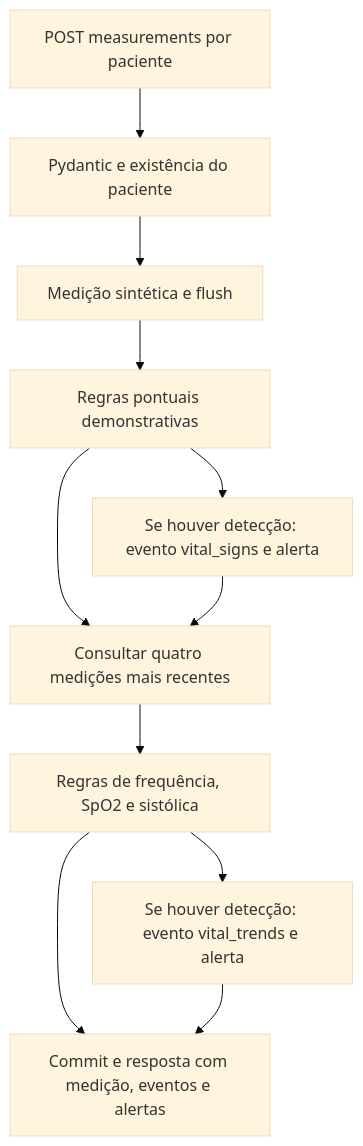
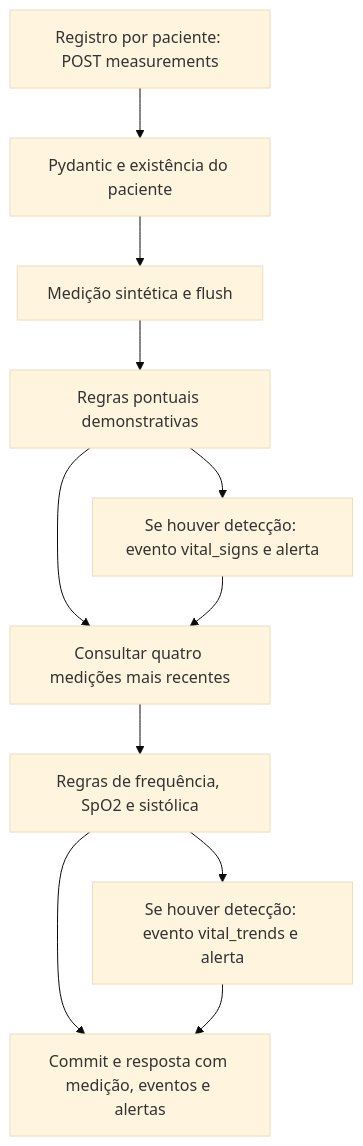
The fifth of 10 diagrams in docs/DIAGRAMS.md (mo1sess/tech-challenge-fiap-fase-4), drawn with Mermaid (base theme) before and after one commit. The commit also changed other lines of this file and 61 other files, not shown here.

````diff
--- a/docs/DIAGRAMS.md
+++ b/docs/DIAGRAMS.md
@@ -97,13 +102,13 @@
 ```mermaid
 flowchart TD
-    REQ[POST measurements por paciente] --> VAL[Pydantic e existência do paciente]
+    REQ[Registro por paciente: POST measurements] --> VAL[Pydantic e existência do paciente]
     VAL --> SAVE[Medição sintética e flush]
     SAVE --> POINT[Regras pontuais demonstrativas]
     POINT --> PEV[Se houver detecção: evento vital_signs e alerta]
     POINT --> TREND[Consultar quatro medições mais recentes]
     PEV --> TREND
     TREND --> TR[Regras de frequência, SpO2 e sistólica]
     TR --> TEV[Se houver detecção: evento vital_trends e alerta]
     TR --> COMMIT[Commit e resposta com medição, eventos e alertas]
     TEV --> COMMIT
 ```
````
